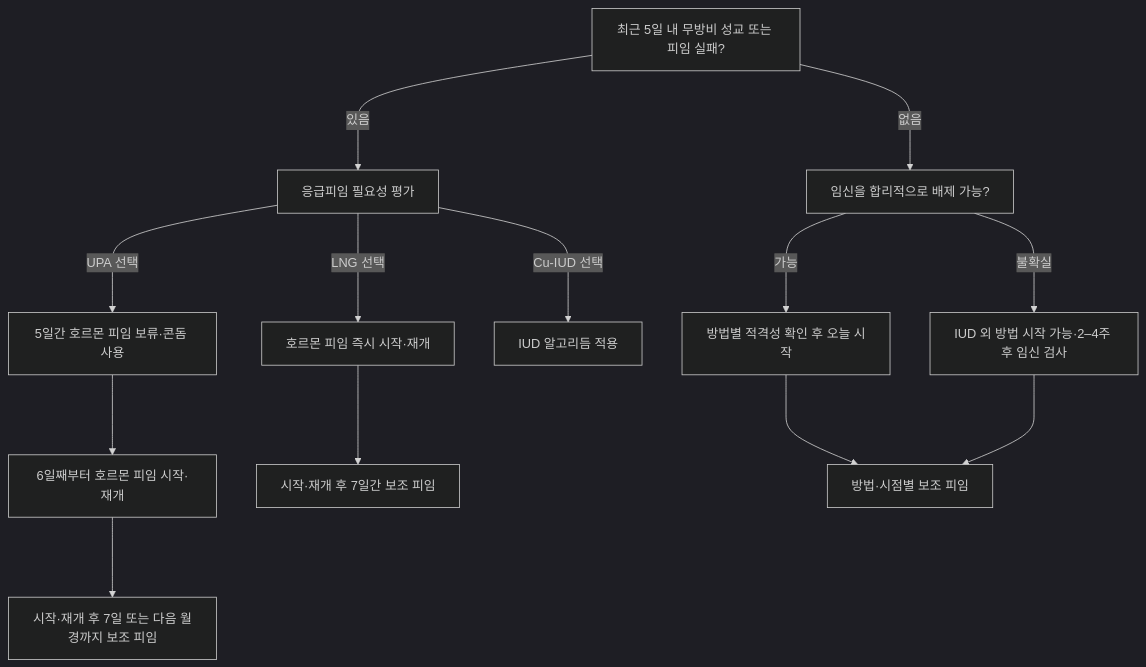
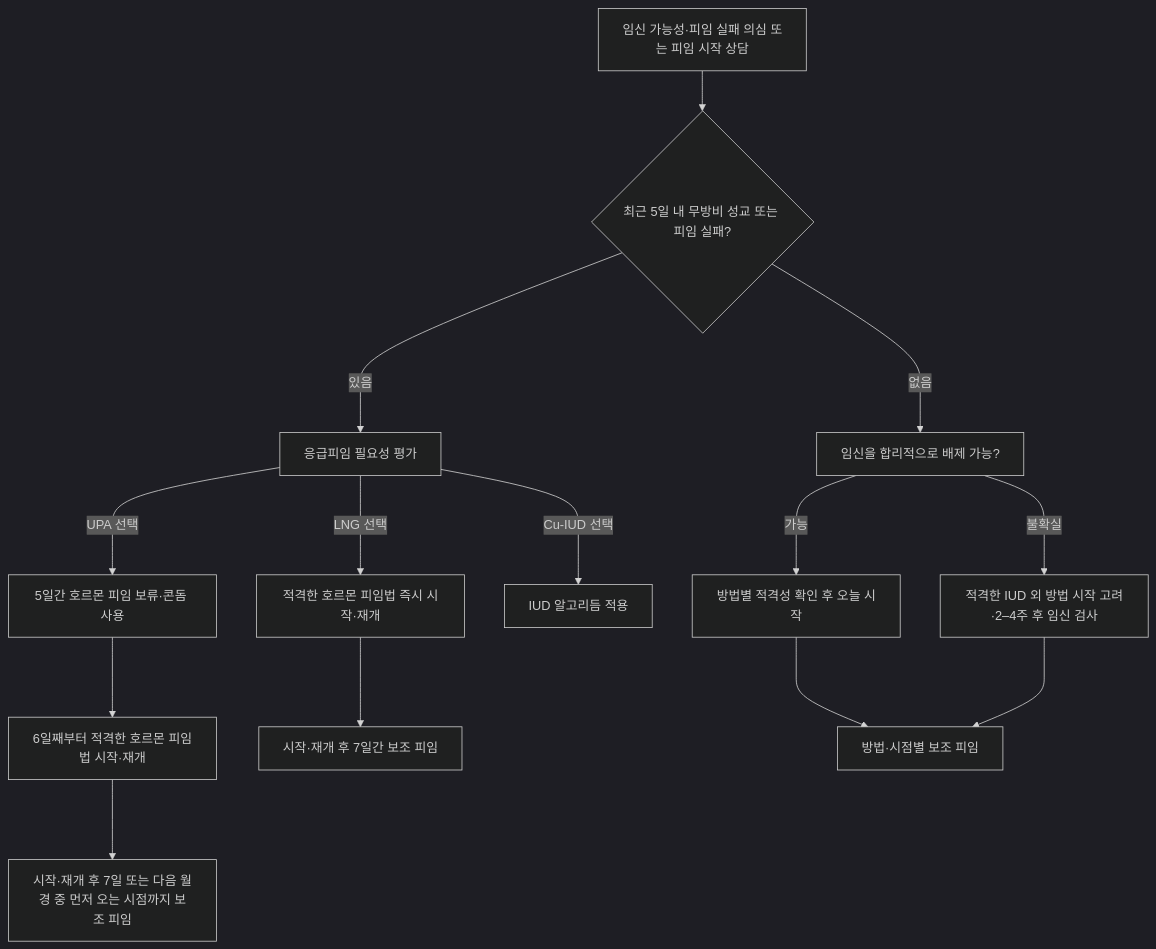
The first of 2 diagrams in 227_/131_-contraception.md (familyoh77/familyoh77), drawn with Mermaid (dark theme) before and after one commit. The commit also changed other lines of this file and 5 other files, not shown here.

````diff
--- a/227_/131_-contraception.md
+++ b/227_/131_-contraception.md
@@ -156,16 +77,17 @@
 ```mermaid
 flowchart TD
-    A["최근 5일 내 무방비 성교 또는 피임 실패?"]
+    S["임신 가능성·피임 실패 의심 또는 피임 시작 상담"]
+    S --> A{"최근 5일 내 무방비 성교 또는 피임 실패?"}
     A -- "있음" ---> B["응급피임 필요성 평가"]
     A -- "없음" ---> C["임신을 합리적으로 배제 가능?"]
-    B -- "LNG 선택" ---> D["호르몬 피임 즉시 시작·재개"]
+    B -- "LNG 선택" ---> D["적격한 호르몬 피임법 즉시 시작·재개"]
     B -- "UPA 선택" ---> E["5일간 호르몬 피임 보류·콘돔 사용"]
     B -- "Cu-IUD 선택" ---> F["IUD 알고리듬 적용"]
     C -- "가능" ---> G["방법별 적격성 확인 후 오늘 시작"]
-    C -- "불확실" ---> H["IUD 외 방법 시작 가능·2–4주 후 임신 검사"]
-    E ---> I["6일째부터 호르몬 피임 시작·재개"]
+    C -- "불확실" ---> H["적격한 IUD 외 방법 시작 고려·2–4주 후 임신 검사"]
+    E ---> I["6일째부터 적격한 호르몬 피임법 시작·재개"]
     D ---> J["시작·재개 후 7일간 보조 피임"]
-    I ---> K["시작·재개 후 7일 또는 다음 월경까지 보조 피임"]
+    I ---> K["시작·재개 후 7일 또는 다음 월경 중 먼저 오는 시점까지 보조 피임"]
     G ---> L["방법·시점별 보조 피임"]
     H ---> L
 ```
````
